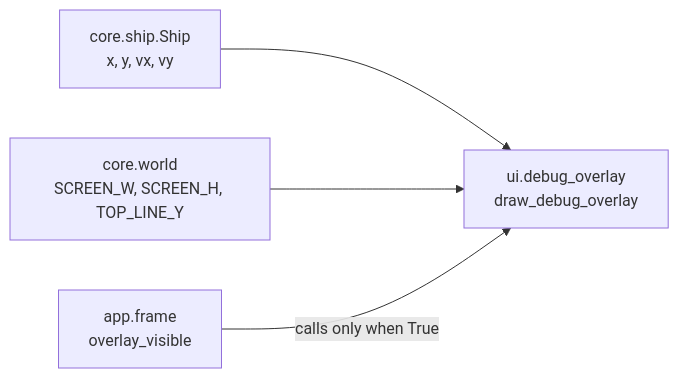
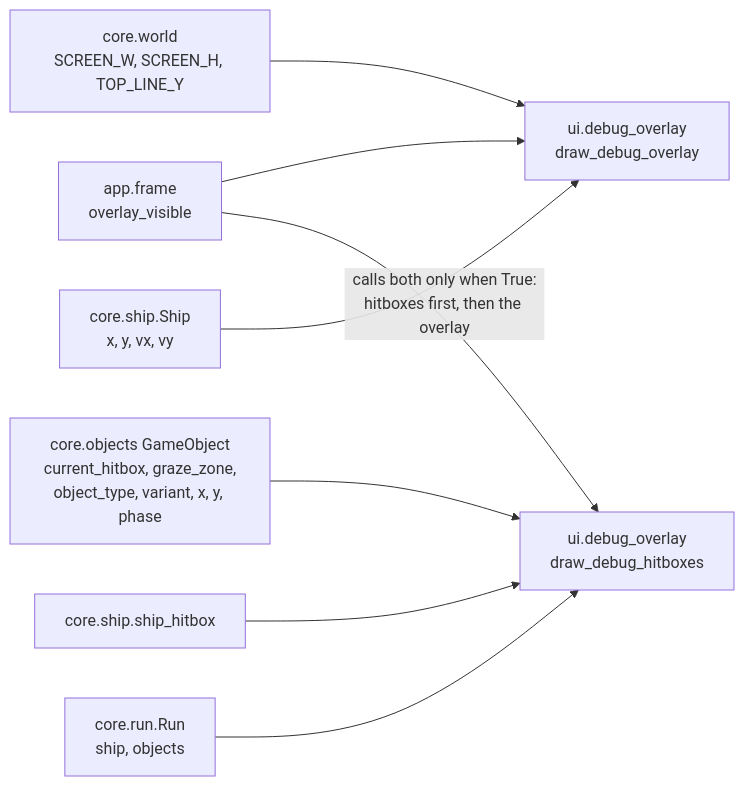
One commit to david-mntl/driftward-ace changed the diagram in docs/contracts/systems/debug-overlay.md. Above: the diagram before and after it, drawn with Mermaid. The commit also changed other lines of this file and 17 other files, not shown here.

Commit message:
docs(contracts): add objects spec and schemas, update run, ship, app and overlay specs

````diff
--- a/docs/contracts/systems/debug-overlay.md
+++ b/docs/contracts/systems/debug-overlay.md
@@ -17,6 +17,10 @@
 ```mermaid
 flowchart LR
   S["core.ship.Ship<br/>x, y, vx, vy"] --> O["ui.debug_overlay<br/>draw_debug_overlay"]
   W["core.world<br/>SCREEN_W, SCREEN_H, TOP_LINE_Y"] --> O
-  A["app.frame<br/>overlay_visible"] -- "calls only when True" --> O
+  R["core.run.Run<br/>ship, objects"] --> H["ui.debug_overlay<br/>draw_debug_hitboxes"]
+  SH["core.ship.ship_hitbox"] --> H
+  OB["core.objects GameObject<br/>current_hitbox, graze_zone,<br/>object_type, variant, x, y, phase"] --> H
+  A["app.frame<br/>overlay_visible"] -- "calls both only when True:<br/>hitboxes first, then the overlay" --> H
+  A --> O
 ```
````
